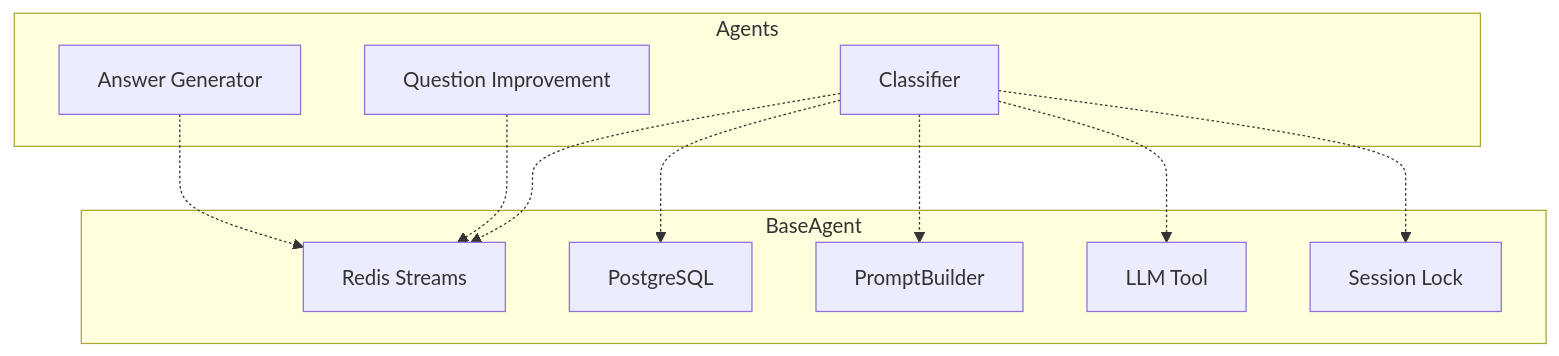
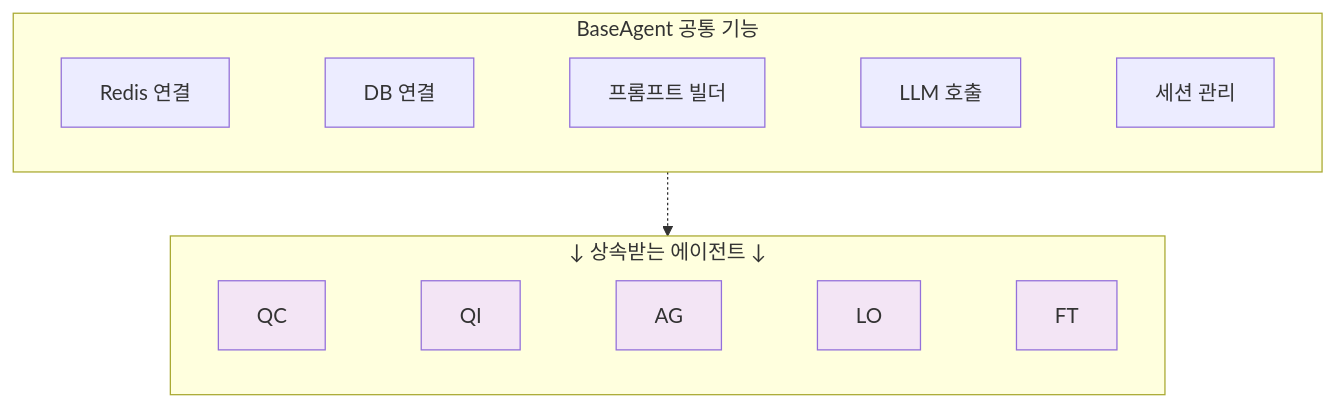
Before and after one commit to KimKyuBong/maice-paper-deploy: the eighth of 16 diagrams in docs/chapters/04-system-implementation.md, drawn with Mermaid. The commit also changed other lines of this file and 79 other files, not shown here.

````diff
--- a/docs/chapters/04-system-implementation.md
+++ b/docs/chapters/04-system-implementation.md
@@ -384,25 +374,18 @@
 ```mermaid
-graph TB
-    subgraph BASE["BaseAgent"]
-        A[Redis Streams]
-        B[PostgreSQL]
-        C[PromptBuilder]
-        D[LLM Tool]
-        E[Session Lock]
+flowchart TB
+    subgraph base[BaseAgent 공통 기능]
+        A[Redis 연결] ~~~ B[DB 연결] ~~~ C[프롬프트 빌더] ~~~ D[LLM 호출] ~~~ E[세션 관리]
     end
     
-    subgraph AGENTS["Agents"]
-        F[Classifier]
-        G[Question Improvement]
-        H[Answer Generator]
+    subgraph agents[↓ 상속받는 에이전트 ↓]
+        QC[QC] ~~~ QI[QI] ~~~ AG[AG] ~~~ LO[LO] ~~~ FT[FT]
     end
     
-    F -.-> A
-    F -.-> B
-    F -.-> C
-    F -.-> D
-    F -.-> E
+    base -.-> agents
     
-    G -.-> A
-    H -.-> A
+    style QC fill:#F3E5F5
+    style QI fill:#F3E5F5
+    style AG fill:#F3E5F5
+    style LO fill:#F3E5F5
+    style FT fill:#F3E5F5
 ```
````
